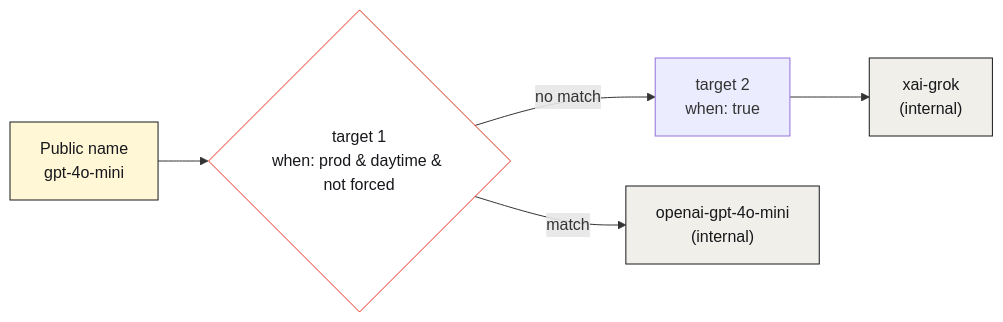
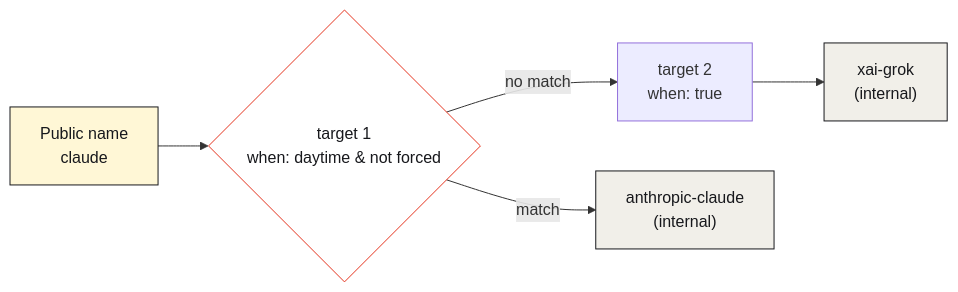
The second of 2 diagrams in content/articles/2026-08-18-after-hours-llm-kill-switch-agentgateway.md (ProfessorSeb/maniak-io), drawn with Mermaid before and after one commit. The commit also changed other lines of this file and 4 other files, not shown here.

````diff
--- a/content/articles/2026-08-18-after-hours-llm-kill-switch-agentgateway.md
+++ b/content/articles/2026-08-18-after-hours-llm-kill-switch-agentgateway.md
@@ -89,15 +96,15 @@
 ```mermaid
 flowchart LR
-  pub["Public name<br/>gpt-4o-mini"]
-  t1{"target 1<br/>when: prod &amp; daytime &amp; not forced"}
+  pub["Public name<br/>claude"]
+  t1{"target 1<br/>when: daytime &amp; not forced"}
   t2["target 2<br/>when: true"]
-  m1["openai-gpt-4o-mini<br/>(internal)"]
+  m1["anthropic-claude<br/>(internal)"]
   m2["xai-grok<br/>(internal)"]
   pub --> t1
   t1 -->|match| m1
   t1 -->|no match| t2 --> m2
   style pub fill:#FFF7D6,stroke:#17181C,color:#17181C
   style t1 fill:#FFFFFF,stroke:#E5341F,color:#17181C
   style m1 fill:#F1EFE9,stroke:#17181C,color:#17181C
   style m2 fill:#F1EFE9,stroke:#17181C,color:#17181C
 ```
````
